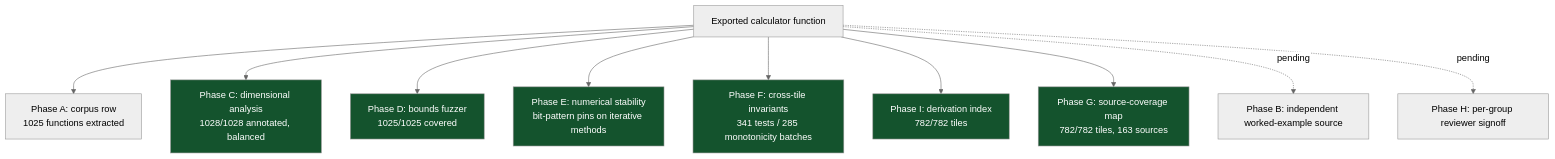
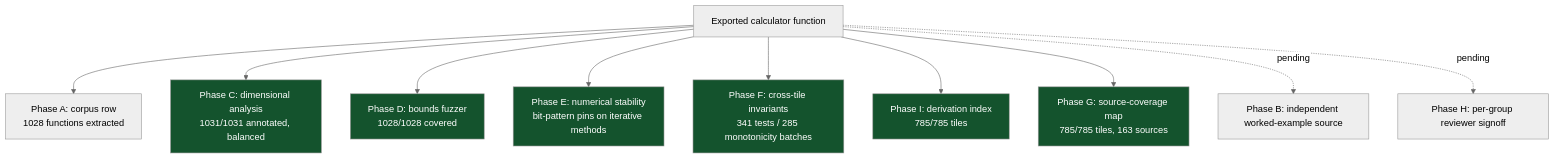
One commit to clay-good/roughlogic.com changed the sixth of 8 diagrams in README.md. Above: the diagram before and after it, drawn with Mermaid (neutral theme). The commit also changed other lines of this file and 18 other files, not shown here.

````diff
--- a/README.md
+++ b/README.md
@@ -519,18 +519,18 @@
 ```mermaid
 flowchart TB
-    F[Exported calculator function] --> A[Phase A: corpus row\n1025 functions extracted]
-    F --> C[Phase C: dimensional analysis\n1028/1028 annotated, balanced]
-    F --> D[Phase D: bounds fuzzer\n1025/1025 covered]
+    F[Exported calculator function] --> A[Phase A: corpus row\n1028 functions extracted]
+    F --> C[Phase C: dimensional analysis\n1031/1031 annotated, balanced]
+    F --> D[Phase D: bounds fuzzer\n1028/1028 covered]
     F --> E[Phase E: numerical stability\nbit-pattern pins on iterative methods]
     F --> Fa[Phase F: cross-tile invariants\n341 tests / 285 monotonicity batches]
-    F --> I[Phase I: derivation index\n782/782 tiles]
-    F --> G[Phase G: source-coverage map\n782/782 tiles, 163 sources]
+    F --> I[Phase I: derivation index\n785/785 tiles]
+    F --> G[Phase G: source-coverage map\n785/785 tiles, 163 sources]
     F -.pending.-> B[Phase B: independent worked-example source]
     F -.pending.-> H[Phase H: per-group reviewer signoff]
     style C fill:#14532d,color:#fff
     style D fill:#14532d,color:#fff
     style E fill:#14532d,color:#fff
     style Fa fill:#14532d,color:#fff
     style G fill:#14532d,color:#fff
     style I fill:#14532d,color:#fff
 ```
````
